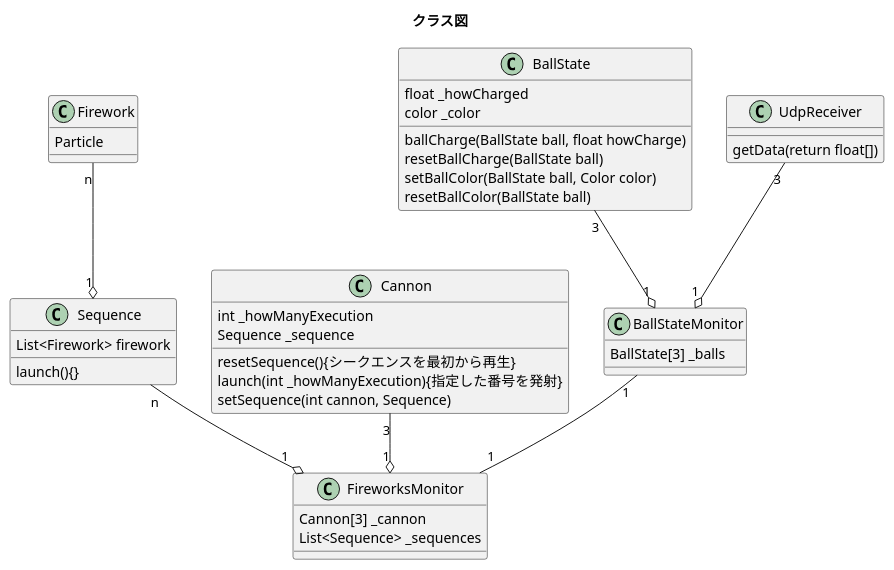
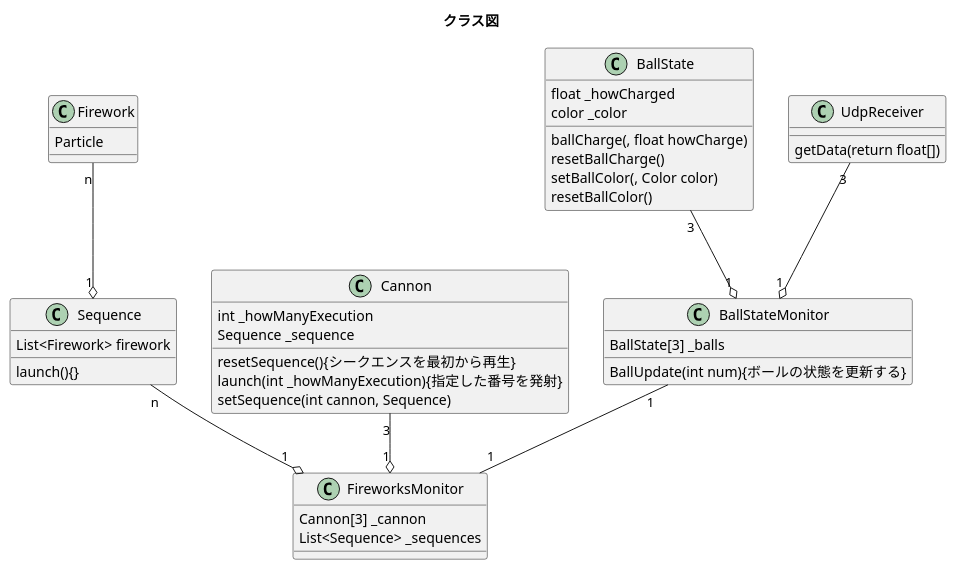
One commit to fukatetsu/FireworksWorkshop changed the diagram in Document/UML.wsd. Above: the diagram before and after it, drawn with PlantUML. The commit also changed 6 other files, not shown here.

```diff
--- a/Document/UML.wsd
+++ b/Document/UML.wsd
@@ -1,67 +1,69 @@
 @startuml
 
 title クラス図
 
 class Firework {
     Particle
 
 }
 
 class Sequence {
     List<Firework> firework
 
     launch(){}
 }
 
 class FireworksMonitor {
     Cannon[3] _cannon
     List<Sequence> _sequences
 
 
 }
 
 class Cannon{
     int _howManyExecution
     Sequence _sequence
     
     resetSequence(){シークエンスを最初から再生}
     launch(int _howManyExecution){指定した番号を発射}
     setSequence(int cannon, Sequence)
     
     
 }
 
 class BallStateMonitor {
     BallState[3] _balls
 
+    BallUpdate(int num){ボールの状態を更新する}
+
     
 }
 
 class BallState{
     float _howCharged
     color _color
 
-    ballCharge(BallState ball, float howCharge)
-    resetBallCharge(BallState ball)
-    setBallColor(BallState ball, Color color)
-    resetBallColor(BallState ball)
+    ballCharge(, float howCharge)
+    resetBallCharge()
+    setBallColor(, Color color)
+    resetBallColor()
 }
 
 class UdpReceiver{
     getData(return float[])
 
 }
 
 Firework "n" --o "1" Sequence
 Sequence "n" --o "1" FireworksMonitor
 
 BallStateMonitor "1" -- "1" FireworksMonitor
 
 UdpReceiver "3" --o "1" BallStateMonitor
 BallState "3" --o "1" BallStateMonitor
 Cannon "3" --o "1" FireworksMonitor
 
 
 
 
 @enduml
```
